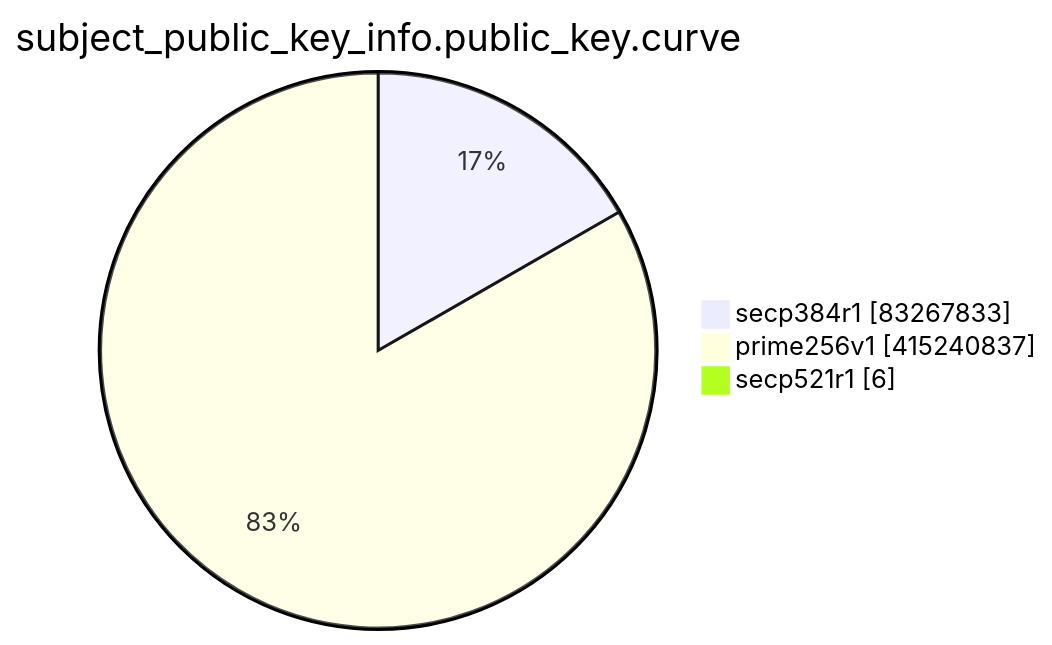
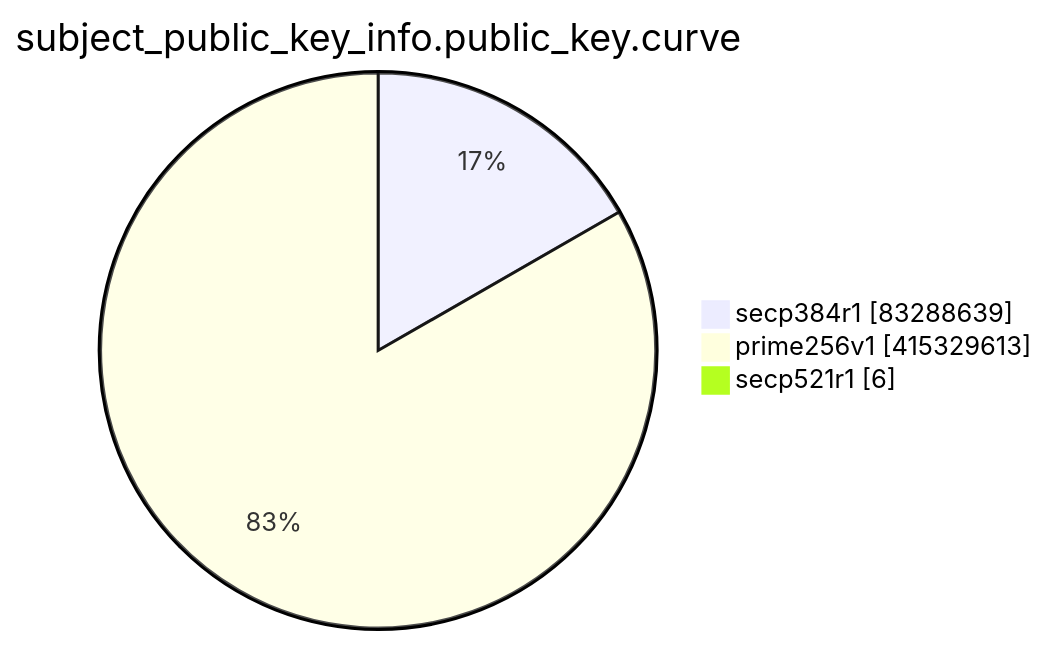
Before and after one commit to christiankrug/ctmonitor_visualization: the eighth of 15 diagrams in TOTAL/README.md, drawn with Mermaid. The commit also changed other lines of this file, not shown here.

````diff
--- a/TOTAL/README.md
+++ b/TOTAL/README.md
@@ -3098,7 +3098,7 @@
 ```mermaid
 pie showData
 title subject_public_key_info.public_key.curve
-"secp384r1" :83267833
-"prime256v1" :415240837
+"secp384r1" :83288639
+"prime256v1" :415329613
 "secp521r1" :6
 ```
````
